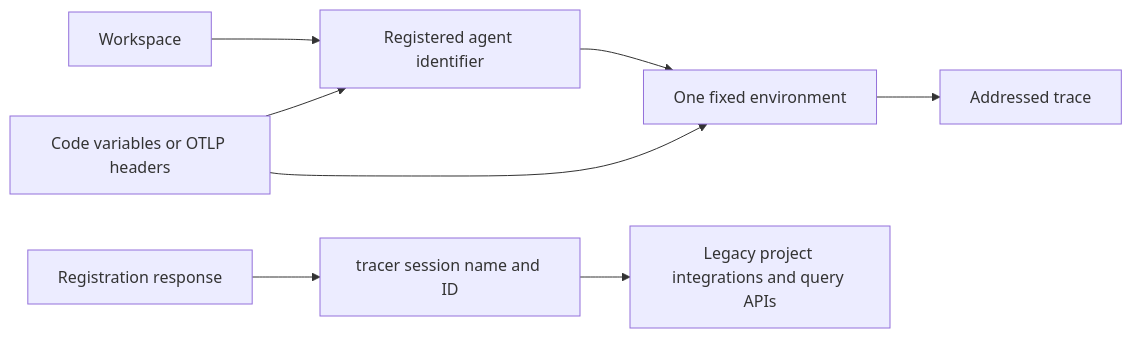
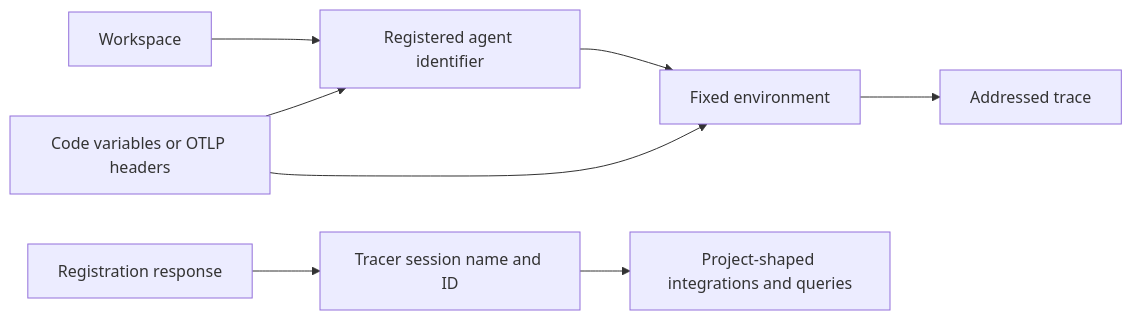
Before and after one commit to langchain-ai/docs: the first of 3 diagrams in openwiki/workflows/langsmith-agent-documentation.md, drawn with Mermaid. The commit also changed other lines of this file and 45 other files, not shown here.

````diff
--- a/openwiki/workflows/langsmith-agent-documentation.md
+++ b/openwiki/workflows/langsmith-agent-documentation.md
@@ -61,10 +79,10 @@
 ```mermaid
 flowchart LR
   Workspace["Workspace"] --> Agent["Registered agent identifier"]
-  Agent --> Environment["One fixed environment"]
+  Agent --> Environment["Fixed environment"]
   Environment --> Trace["Addressed trace"]
-  Registration["Registration response"] --> Compatibility["tracer session name and ID"]
-  Compatibility --> Legacy["Legacy project integrations and query APIs"]
+  Registration["Registration response"] --> Compatibility["Tracer session name and ID"]
+  Compatibility --> Legacy["Project-shaped integrations and queries"]
   Address["Code variables or OTLP headers"] --> Agent
   Address --> Environment
 ```
````
